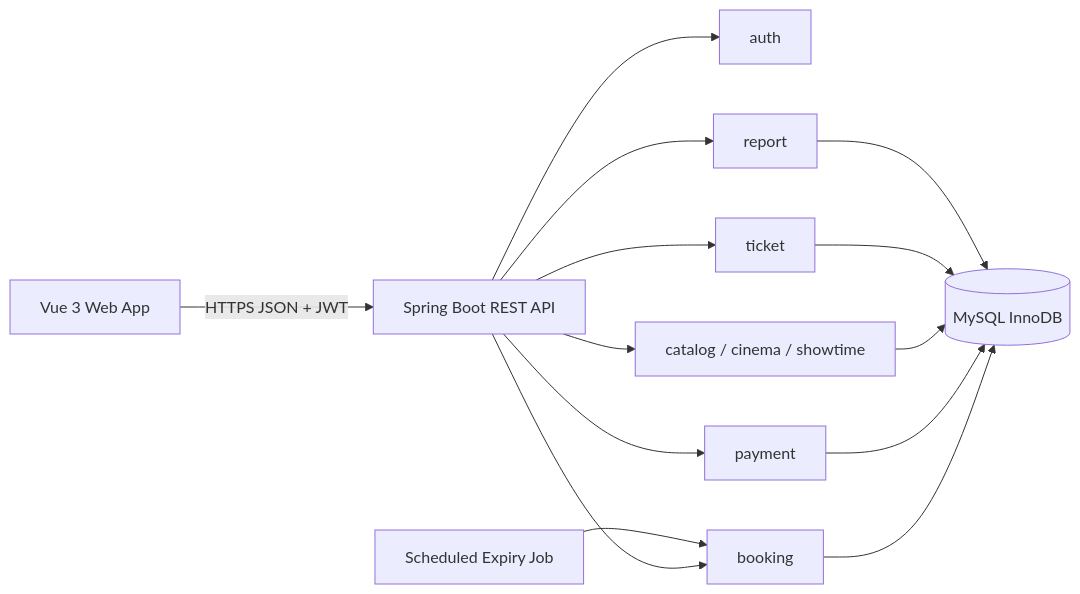
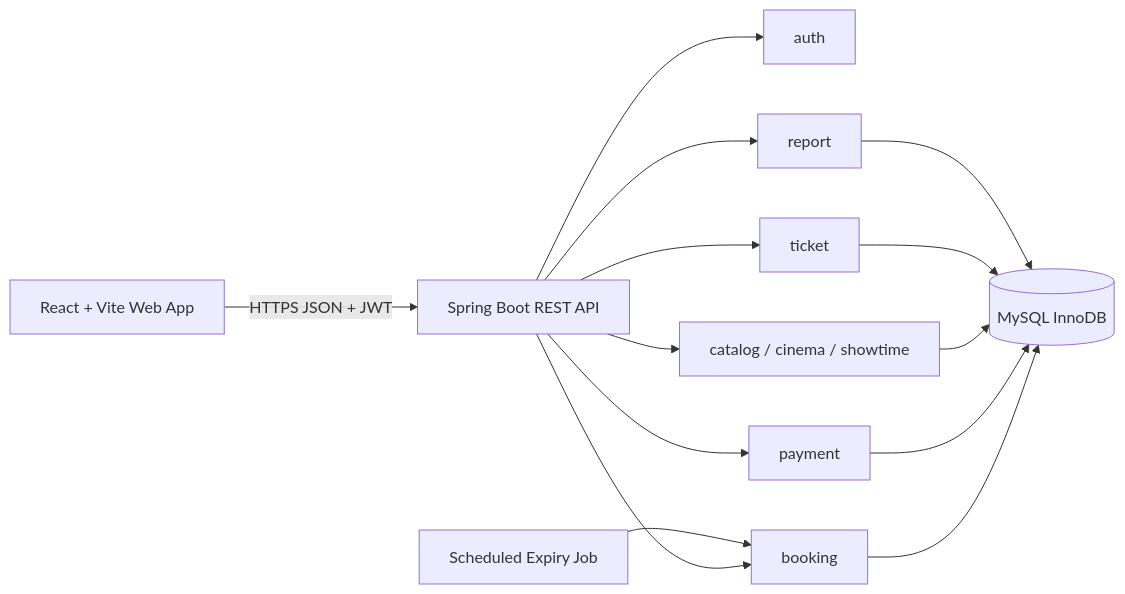
Before and after one commit to HungB2303818/cinema: the diagram in cinema-booking-ai-kit/docs/07-ARCHITECTURE.md, drawn with Mermaid. The commit also changed other lines of this file and 99 other files, not shown here.

````diff
--- a/cinema-booking-ai-kit/docs/07-ARCHITECTURE.md
+++ b/cinema-booking-ai-kit/docs/07-ARCHITECTURE.md
@@ -5,16 +5,16 @@
 ```mermaid
 flowchart LR
-    FE[Vue 3 Web App] -->|HTTPS JSON + JWT| API[Spring Boot REST API]
+    FE[React + Vite Web App] -->|HTTPS JSON + JWT| API[Spring Boot REST API]
     API --> AUTH[auth]
     API --> CAT[catalog / cinema / showtime]
     API --> BOOK[booking]
     API --> PAY[payment]
     API --> TICK[ticket]
     API --> REPORT[report]
     BOOK --> DB[(MySQL InnoDB)]
     PAY --> DB
     CAT --> DB
     TICK --> DB
     REPORT --> DB
     JOB[Scheduled Expiry Job] --> BOOK
 ```
````
